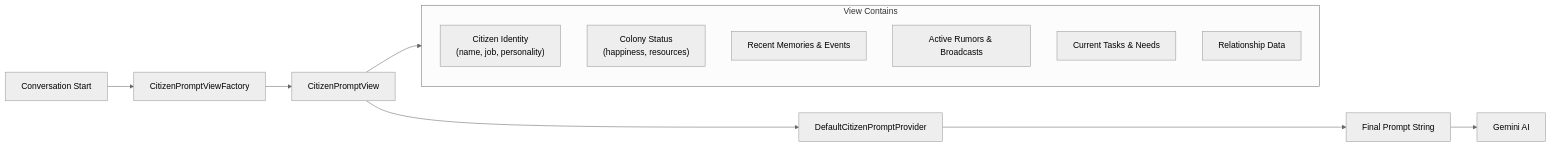
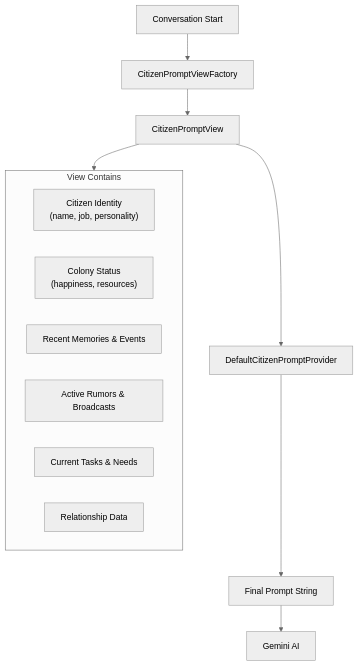
The diagram in docs/architecture/prompt-system.md (sshcrack/talking-colonists), drawn with Mermaid (neutral theme) before and after one commit. The commit also changed other lines of this file and 21 other files, not shown here.

First line of the commit message:
docs: remove platform interface references, fix tool counts, clean up diagrams

````diff
--- a/docs/architecture/prompt-system.md
+++ b/docs/architecture/prompt-system.md
@@ -7,19 +7,19 @@
 ```mermaid
-flowchart LR
+flowchart TD
  Start["Conversation Start"] --> VF["CitizenPromptViewFactory"]
  VF --> View["CitizenPromptView"]
  View --> Prov["DefaultCitizenPromptProvider"]
  Prov --> Prompt["Final Prompt String"]
  Prompt --> AI["Gemini AI"]
 
  subgraph ViewData["View Contains"]
  ID["Citizen Identity<br/>(name, job, personality)"]
  CS["Colony Status<br/>(happiness, resources)"]
  MEM["Recent Memories & Events"]
  RUM["Active Rumors & Broadcasts"]
  TASKS["Current Tasks & Needs"]
  REL["Relationship Data"]
  end
 
  View --> ViewData
 ```
````
